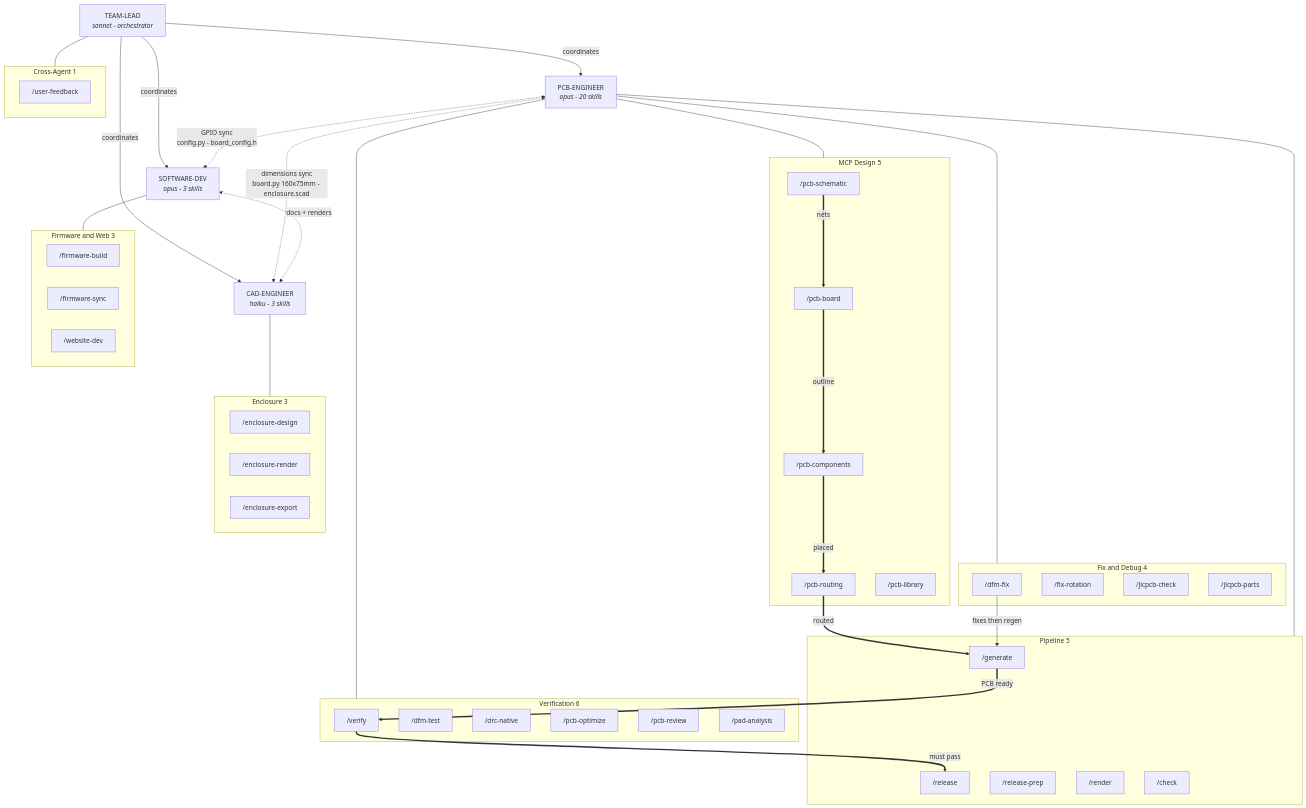
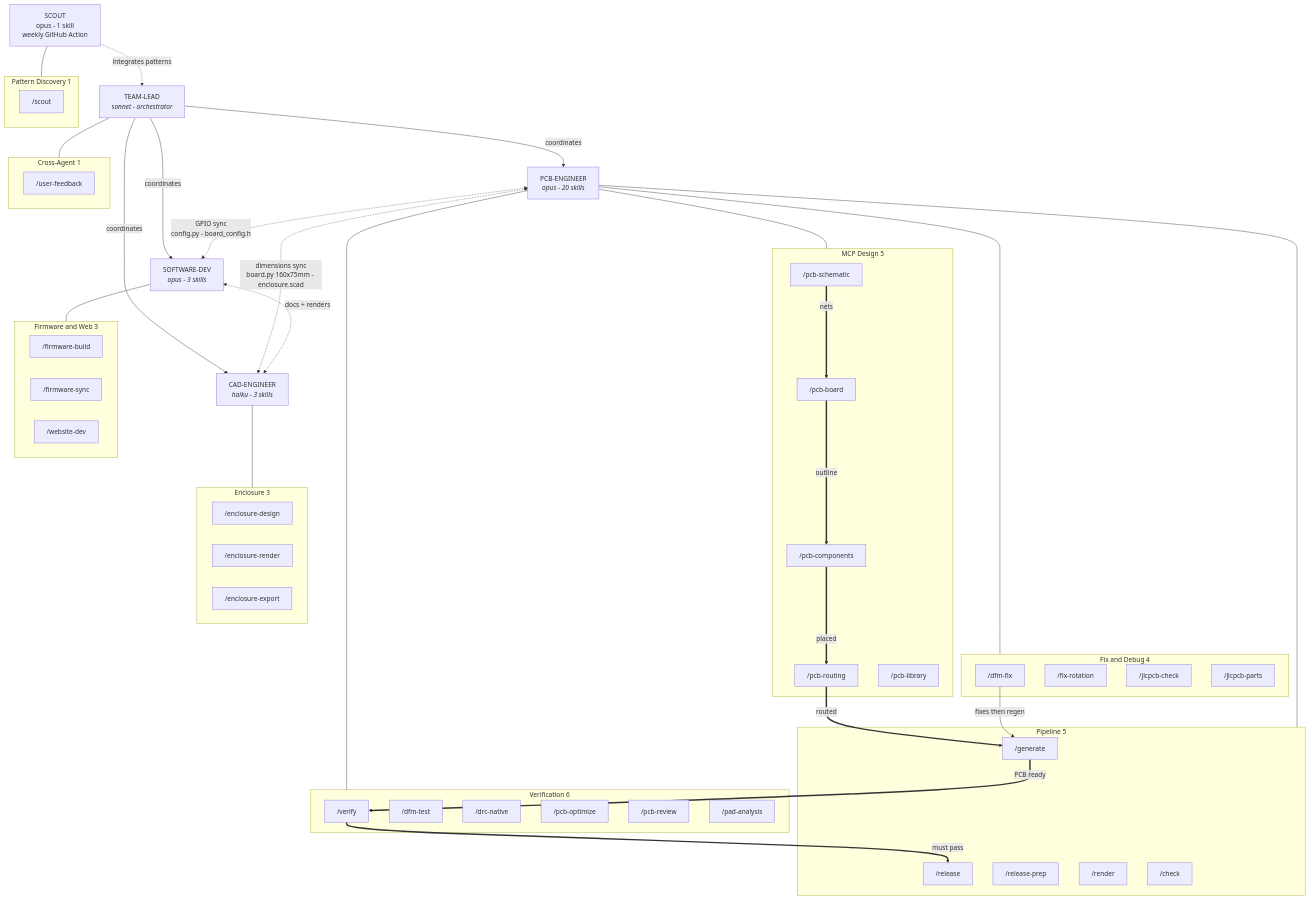
One commit to pjcau/esp32-emu-turbo changed the diagram in website/docs/claude-agents.md. Above: the diagram before and after it, drawn with Mermaid. The commit also changed other lines of this file and 5 other files, not shown here.

First line of the commit message:
Add scout agent: autonomous GitHub pattern discovery with weekly Action

```diff
--- a/website/docs/claude-agents.md
+++ b/website/docs/claude-agents.md
@@ -93,6 +95,13 @@
     end
     TL --- CROSS
 
+    SCOUT["SCOUT<br/>opus - 1 skill<br/>weekly GitHub Action"]
+    subgraph SCOUT_SK["Pattern Discovery 1"]
+        s_scout["/scout"]
+    end
+    SCOUT --- SCOUT_SK
+    SCOUT -.->|"integrates patterns"| TL
+
     s_sch ==>|"nets"| s_brd
     s_brd ==>|"outline"| s_comp
     s_comp ==>|"placed"| s_rout
```
